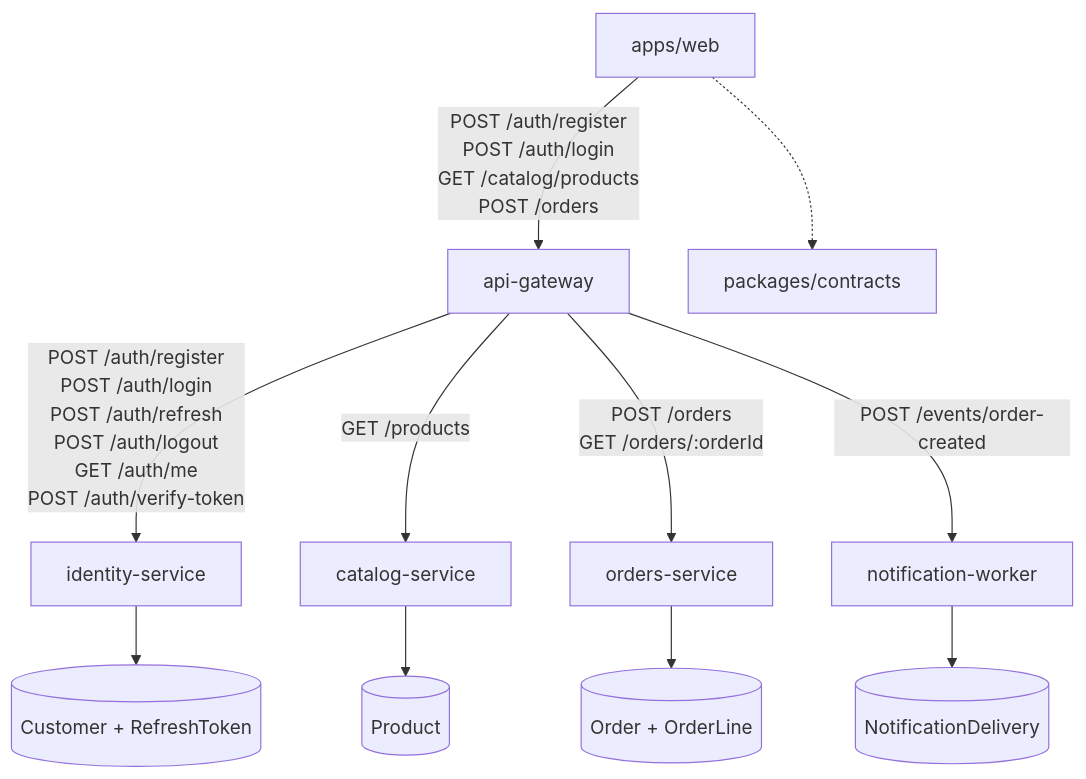
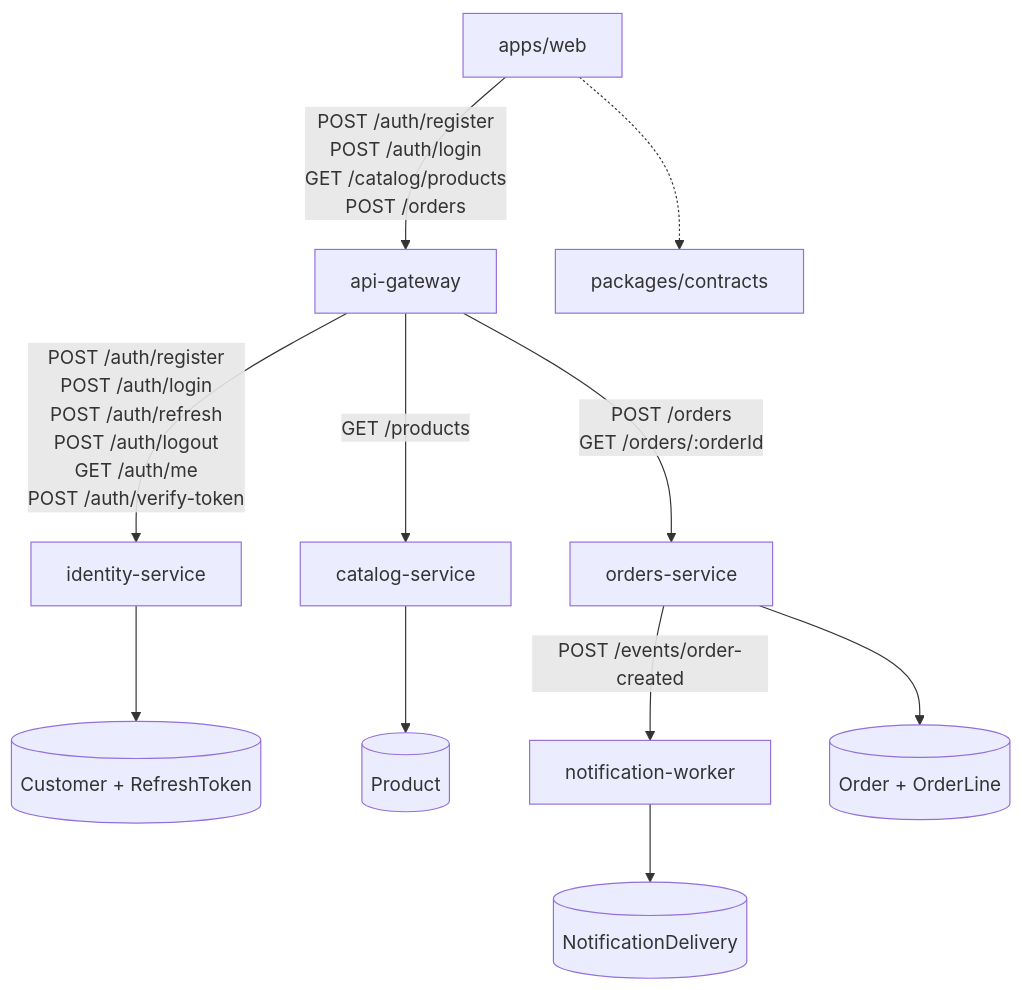
Before and after one commit to HectorARiascosI/mileshop-platform: the third of 10 diagrams in docs/wiki/architecture-overview.md, drawn with Mermaid. The commit also changed other lines of this file and 56 other files, not shown here.

````diff
--- a/docs/wiki/architecture-overview.md
+++ b/docs/wiki/architecture-overview.md
@@ -60,25 +60,25 @@
 ```mermaid
 flowchart TB
     Web[apps/web]
     Gateway[api-gateway]
     Identity[identity-service]
     Catalog[catalog-service]
     Orders[orders-service]
     Worker[notification-worker]
     Contracts[packages/contracts]
     IdentityDb[(Customer + RefreshToken)]
     CatalogDb[(Product)]
     OrdersDb[(Order + OrderLine)]
     NotificationDb[(NotificationDelivery)]
 
     Web -->|POST /auth/register\nPOST /auth/login\nGET /catalog/products\nPOST /orders| Gateway
     Gateway -->|POST /auth/register\nPOST /auth/login\nPOST /auth/refresh\nPOST /auth/logout\nGET /auth/me\nPOST /auth/verify-token| Identity
     Gateway -->|GET /products| Catalog
     Gateway -->|POST /orders\nGET /orders/:orderId| Orders
-    Gateway -->|POST /events/order-created| Worker
+    Orders -->|POST /events/order-created| Worker
     Web -.-> Contracts
     Identity --> IdentityDb
     Catalog --> CatalogDb
     Orders --> OrdersDb
     Worker --> NotificationDb
 ```
````
